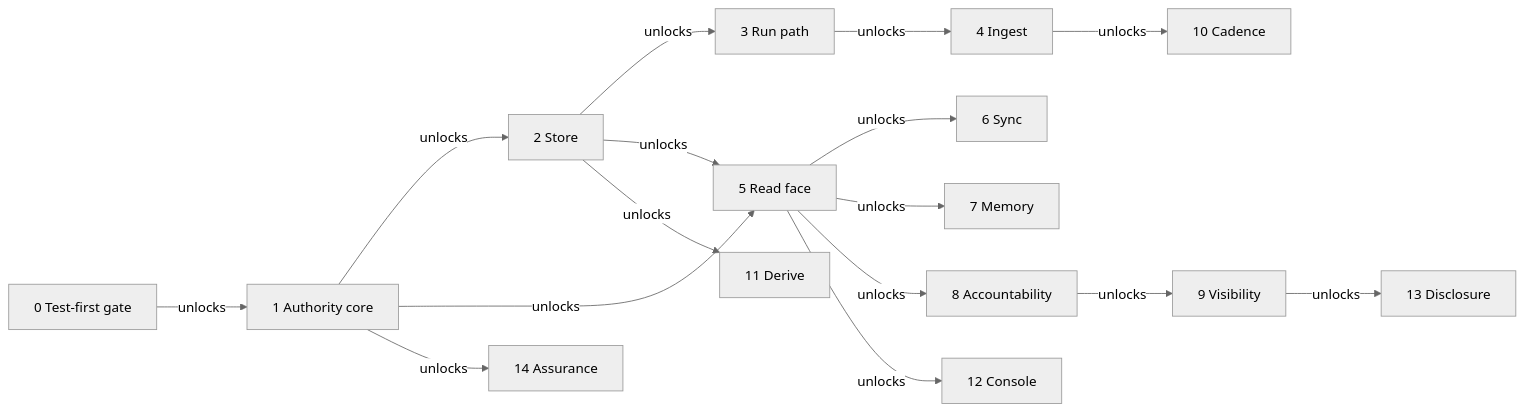
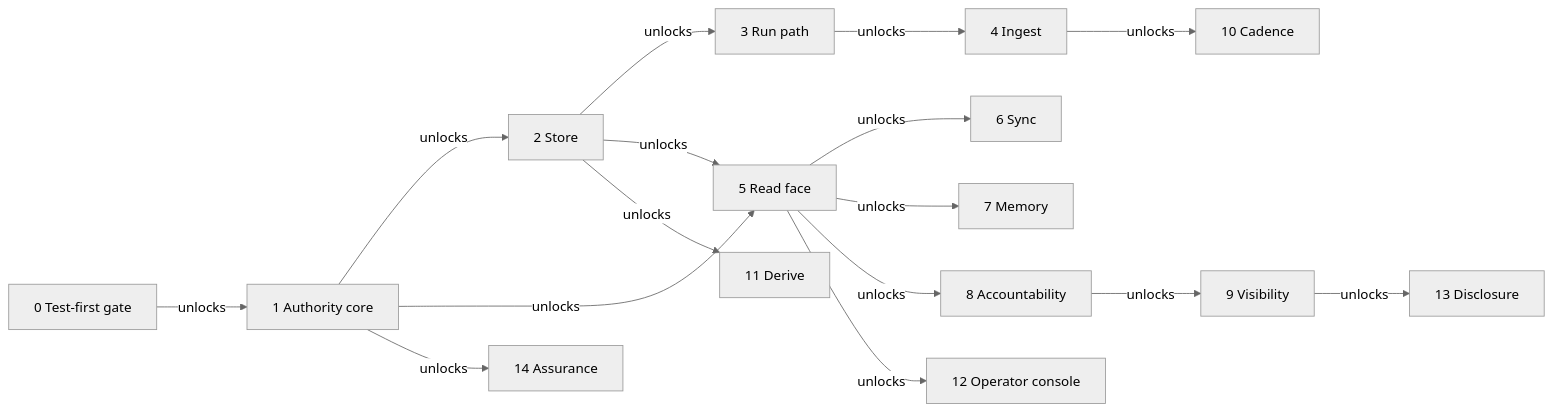
The diagram in spec/roadmap.md (fractalboxdev/contextful), drawn with Mermaid (neutral theme) before and after one commit. The commit also changed other lines of this file and 11 other files, not shown here.

Commit message:
spec(surface): define operator console pages and access gates

````diff
--- a/spec/roadmap.md
+++ b/spec/roadmap.md
@@ -17,18 +17,18 @@
 ```mermaid
 flowchart LR
   Z[0 Test-first gate] -->|unlocks| A
   A[1 Authority core] -->|unlocks| B[2 Store]
   B -->|unlocks| C[3 Run path]
   C -->|unlocks| D[4 Ingest]
   B -->|unlocks| E[5 Read face]
   A -->|unlocks| E
   E -->|unlocks| F[6 Sync]
   E -->|unlocks| G[7 Memory]
   E -->|unlocks| H[8 Accountability]
   H -->|unlocks| I[9 Visibility]
   D -->|unlocks| J[10 Cadence]
   B -->|unlocks| K[11 Derive]
-  E -->|unlocks| L[12 Console]
+  E -->|unlocks| L[12 Operator console]
   I -->|unlocks| M[13 Disclosure]
   A -->|unlocks| N[14 Assurance]
 ```
````
